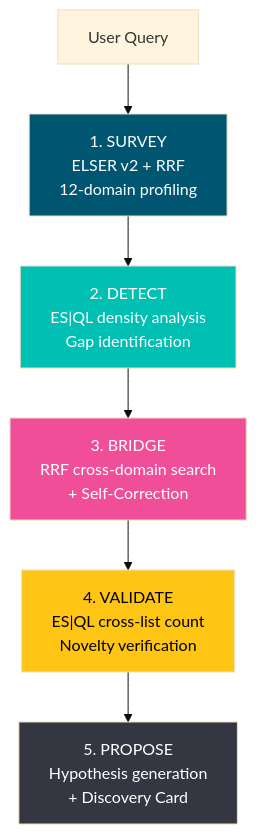
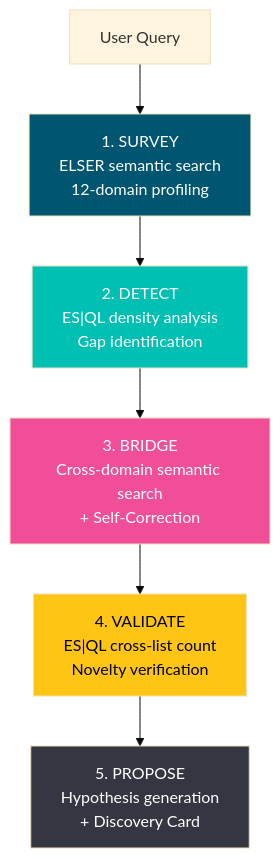
Before and after one commit to jusunkim328/terra-incognita: the first of 2 diagrams in README.md, drawn with Mermaid (base theme). The commit also changed other lines of this file, not shown here.

````diff
--- a/README.md
+++ b/README.md
@@ -21,14 +21,14 @@
 ```mermaid
 graph TD
-    Q["User Query"] --> S["1. SURVEY<br/>ELSER v2 + RRF<br/>12-domain profiling"]
+    Q["User Query"] --> S["1. SURVEY<br/>ELSER semantic search<br/>12-domain profiling"]
     S --> D["2. DETECT<br/>ES|QL density analysis<br/>Gap identification"]
-    D --> B["3. BRIDGE<br/>RRF cross-domain search<br/>+ Self-Correction"]
+    D --> B["3. BRIDGE<br/>Cross-domain semantic search<br/>+ Self-Correction"]
     B --> V["4. VALIDATE<br/>ES|QL cross-list count<br/>Novelty verification"]
     V --> P["5. PROPOSE<br/>Hypothesis generation<br/>+ Discovery Card"]
 
     style S fill:#005571,color:#fff
     style D fill:#00BFB3,color:#fff
     style B fill:#F04E98,color:#fff
     style V fill:#FEC514,color:#000
     style P fill:#343741,color:#fff
 ```
````
